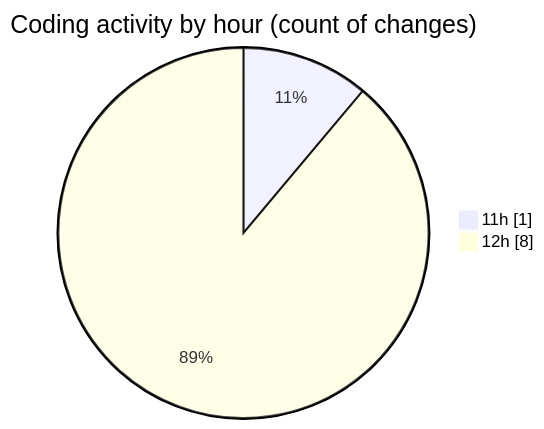
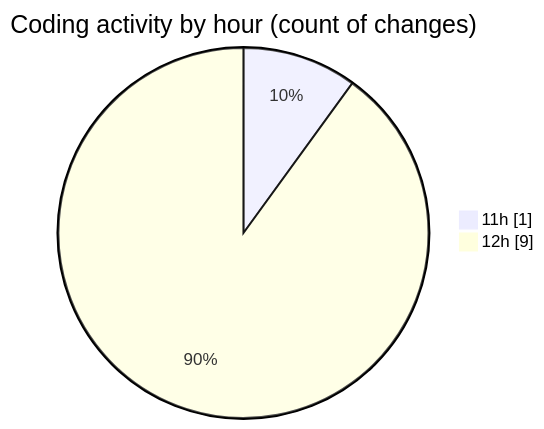
Before and after one commit to Elitesun/code-tracking: the second of 2 diagrams in 2025-03-01/react_ecom/README.md, drawn with Mermaid. The commit also changed other lines of this file and 1 other file, not shown here.

````diff
--- a/2025-03-01/react_ecom/README.md
+++ b/2025-03-01/react_ecom/README.md
@@ -30,6 +30,6 @@
 ```mermaid
 pie showData
 title Coding activity by hour (count of changes)
 "11h" : 1
-"12h" : 8
+"12h" : 9
 ```
````
